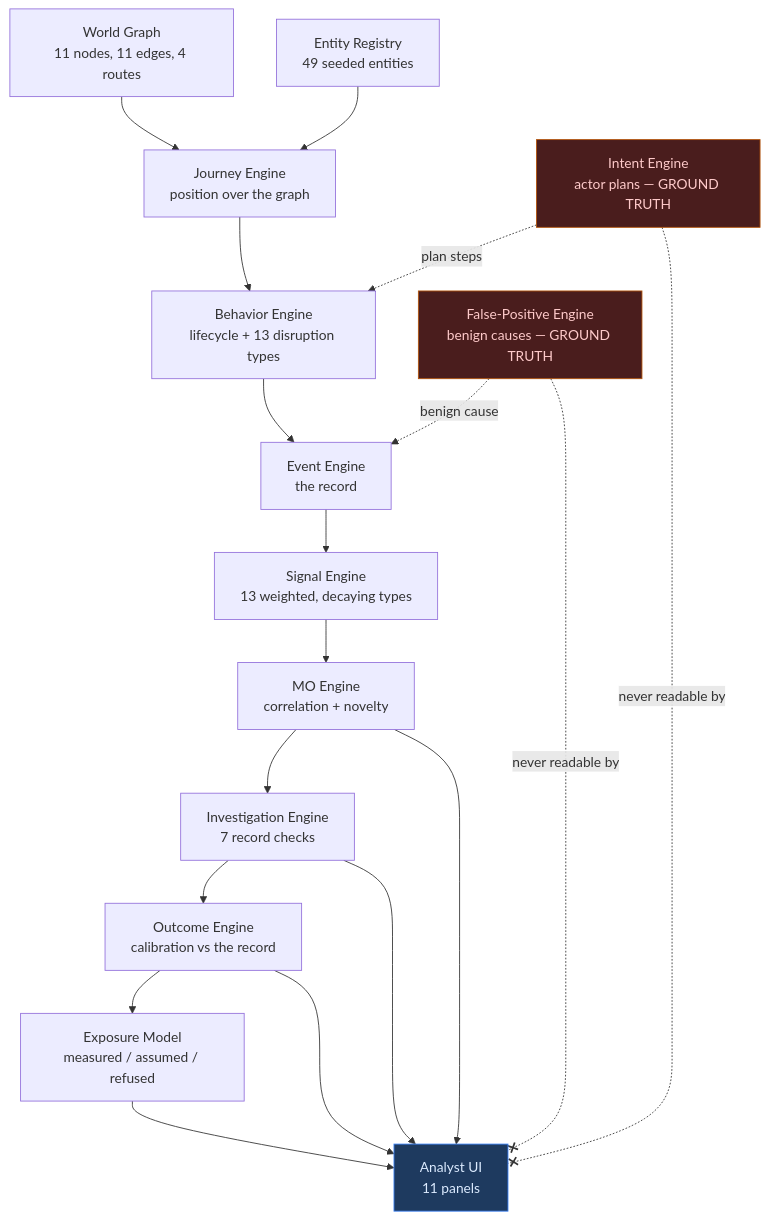
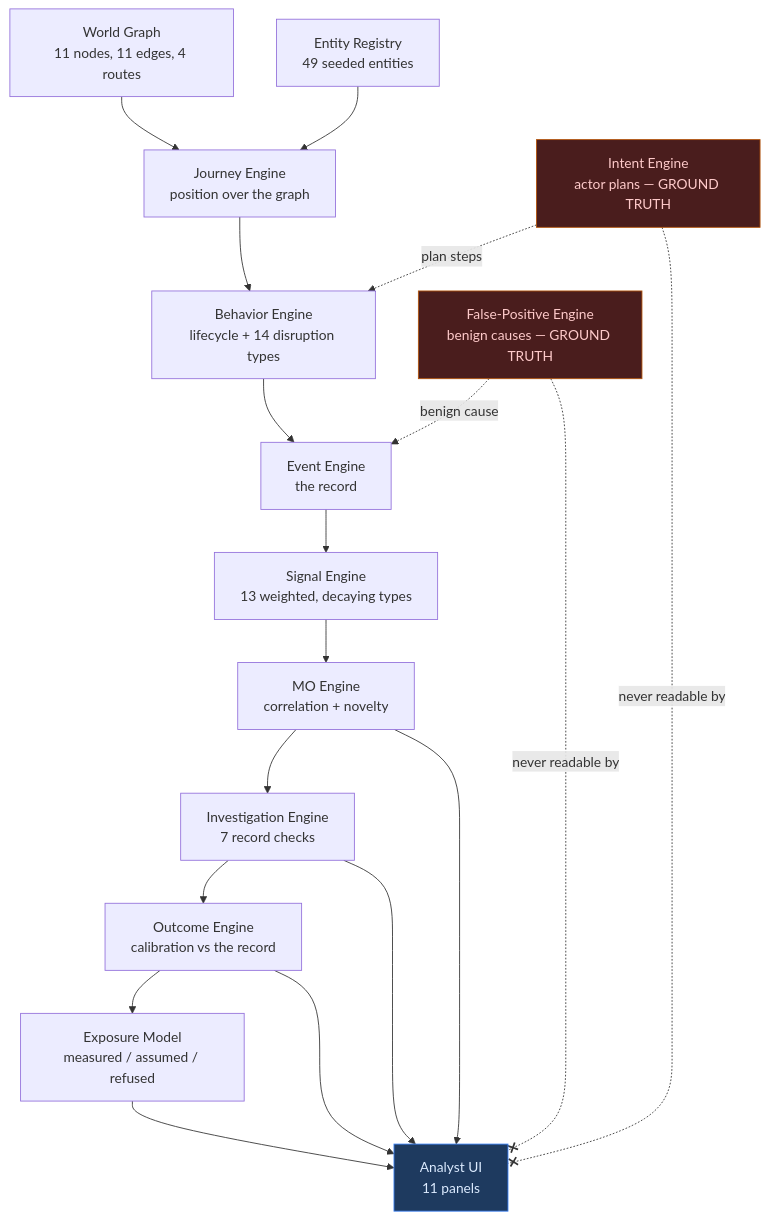
Before and after one commit to Jeevan-0508/fraud-watch: the first of 3 diagrams in README.md, drawn with Mermaid. The commit also changed other lines of this file and 3 other files, not shown here.

````diff
--- a/README.md
+++ b/README.md
@@ -354,39 +354,39 @@
 ```mermaid
 flowchart TD
     W[World Graph<br/>11 nodes, 11 edges, 4 routes]
     E[Entity Registry<br/>49 seeded entities]
     J[Journey Engine<br/>position over the graph]
-    B[Behavior Engine<br/>lifecycle + 13 disruption types]
+    B[Behavior Engine<br/>lifecycle + 14 disruption types]
     I[Intent Engine<br/>actor plans — GROUND TRUTH]
     F[False-Positive Engine<br/>benign causes — GROUND TRUTH]
     V[Event Engine<br/>the record]
     S[Signal Engine<br/>13 weighted, decaying types]
     C[MO Engine<br/>correlation + novelty]
     N[Investigation Engine<br/>7 record checks]
     O[Outcome Engine<br/>calibration vs the record]
     X[Exposure Model<br/>measured / assumed / refused]
     U[Analyst UI<br/>11 panels]
 
     W --> J
     E --> J
     J --> B
     I -.plan steps.-> B
     B --> V
     F -.benign cause.-> V
     V --> S
     S --> C
     C --> N
     N --> O
     O --> X
     C --> U
     N --> U
     O --> U
     X --> U
 
     I -.never readable by.-x U
     F -.never readable by.-x U
 
     style I fill:#4a1d1d,stroke:#b45309,color:#fecaca
     style F fill:#4a1d1d,stroke:#b45309,color:#fecaca
     style U fill:#1e3a5f,stroke:#3b82f6,color:#dbeafe
 ```
````
